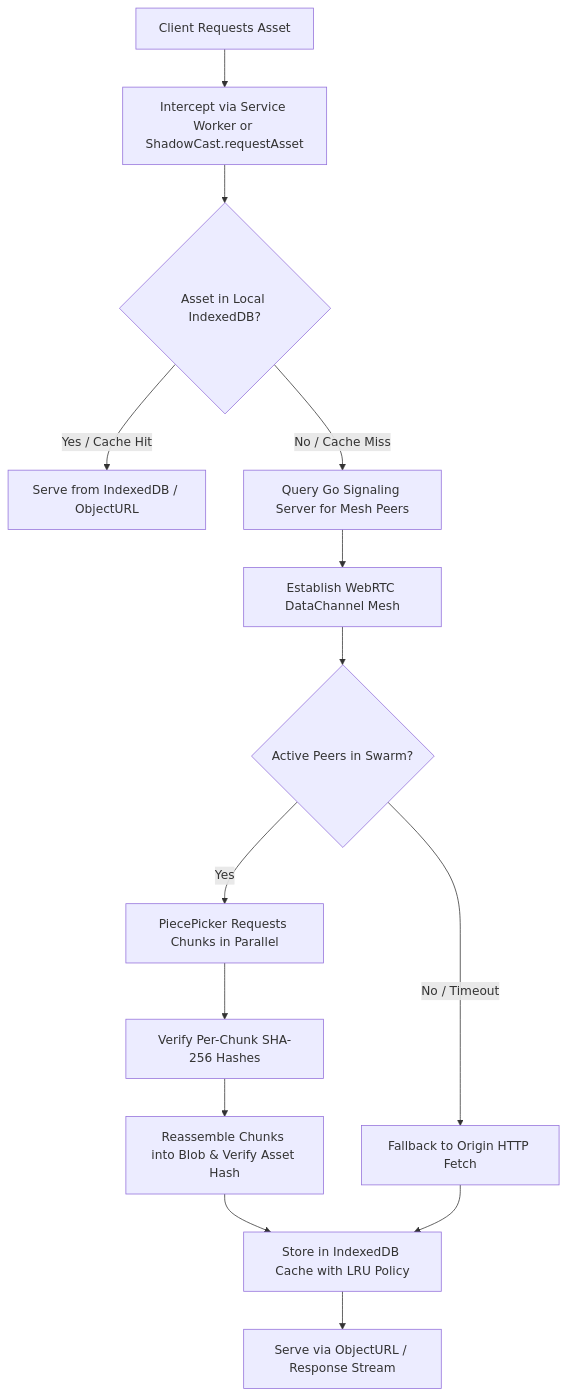
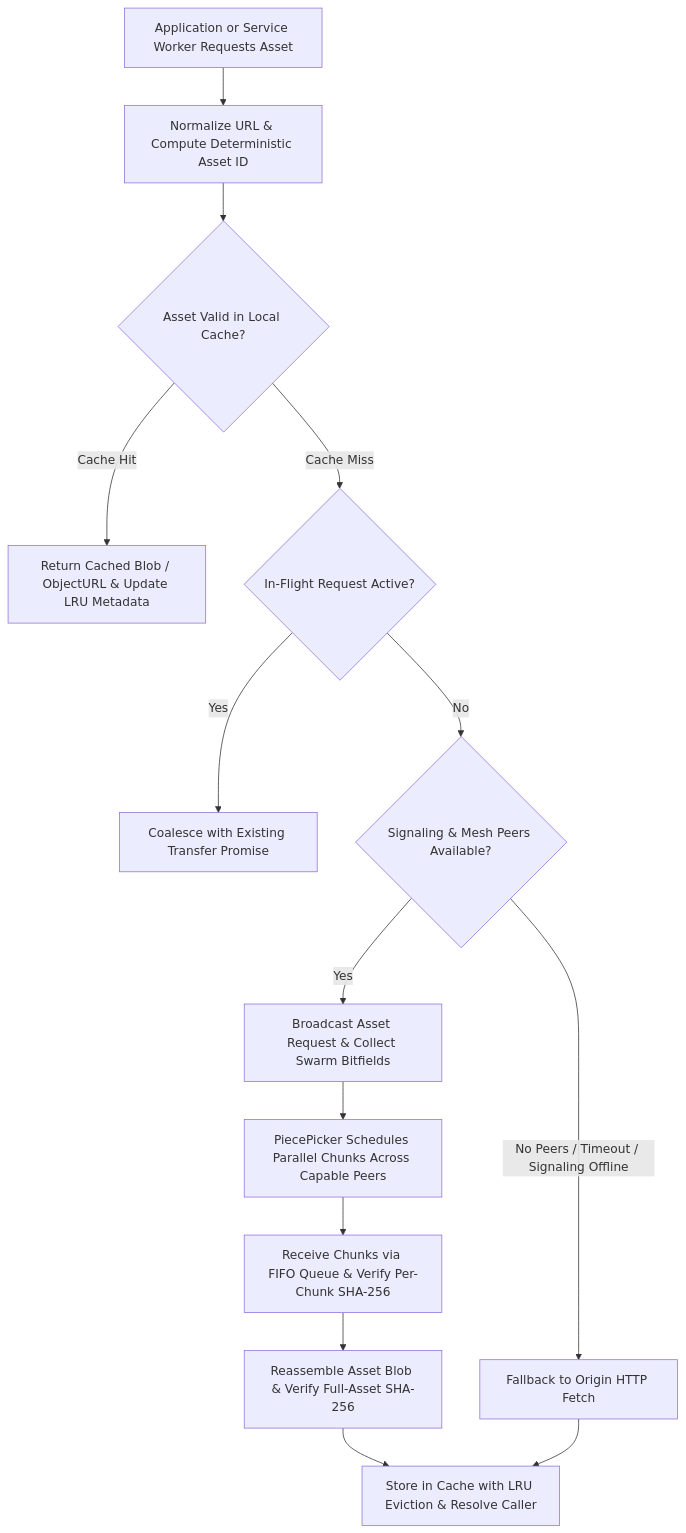
Before and after one commit to assishmoncs/shadowcast: the diagram in README.md, drawn with Mermaid. The commit also changed other lines of this file, not shown here.

````diff
--- a/README.md
+++ b/README.md
@@ -24,16 +19,16 @@
 ```mermaid
 flowchart TD
-    A[Client Requests Asset] --> B[Intercept via Service Worker or ShadowCast.requestAsset]
-    B --> C{Asset in Local IndexedDB?}
-    C -->|Yes / Cache Hit| D[Serve from IndexedDB / ObjectURL]
-    C -->|No / Cache Miss| E[Query Go Signaling Server for Mesh Peers]
-    E --> F[Establish WebRTC DataChannel Mesh]
-    F --> G{Active Peers in Swarm?}
-    G -->|Yes| H[PiecePicker Requests Chunks in Parallel]
-    H --> I[Verify Per-Chunk SHA-256 Hashes]
-    I --> J[Reassemble Chunks into Blob & Verify Asset Hash]
-    J --> K[Store in IndexedDB Cache with LRU Policy]
-    K --> L[Serve via ObjectURL / Response Stream]
-    G -->|No / Timeout| M[Fallback to Origin HTTP Fetch]
-    M --> K
+    A[Application or Service Worker Requests Asset] --> B[Normalize URL & Compute Deterministic Asset ID]
+    B --> C{Asset Valid in Local Cache?}
+    C -->|Cache Hit| D[Return Cached Blob / ObjectURL & Update LRU Metadata]
+    C -->|Cache Miss| E{In-Flight Request Active?}
+    E -->|Yes| F[Coalesce with Existing Transfer Promise]
+    E -->|No| G{Signaling & Mesh Peers Available?}
+    G -->|Yes| H[Broadcast Asset Request & Collect Swarm Bitfields]
+    H --> I[PiecePicker Schedules Parallel Chunks Across Capable Peers]
+    I --> J[Receive Chunks via FIFO Queue & Verify Per-Chunk SHA-256]
+    J --> K[Reassemble Asset Blob & Verify Full-Asset SHA-256]
+    K --> L[Store in Cache with LRU Eviction & Resolve Caller]
+    G -->|No Peers / Timeout / Signaling Offline| M[Fallback to Origin HTTP Fetch]
+    M --> L
 ```
````
